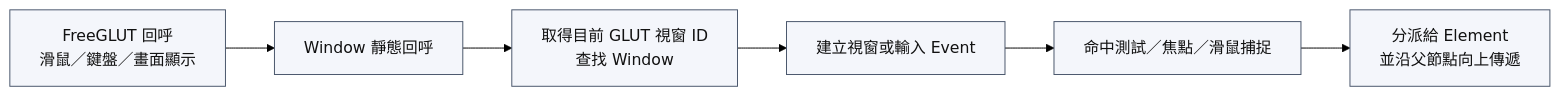
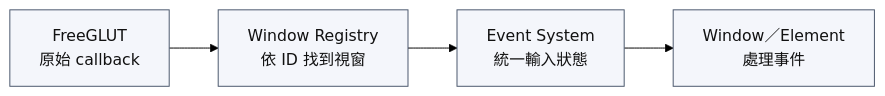
One commit to YuanOwO/CG-hw1-paint changed the diagram in docs/figures-src/ch03_callback-routing.mmd. Above: the diagram before and after it, drawn with Mermaid (forest theme). The commit also changed 42 other files, not shown here.

First line of the commit message:
docs: 重整報告內容並更新圖表資源

```diff
--- a/docs/figures-src/ch03_callback-routing.mmd
+++ b/docs/figures-src/ch03_callback-routing.mmd
@@ -1,12 +1,10 @@
 flowchart LR
-    callback[FreeGLUT 回呼<br/>滑鼠／鍵盤／畫面顯示]
-    static[Window 靜態回呼]
-    lookup[取得目前 GLUT 視窗 ID<br/>查找 Window]
-    event[建立視窗或輸入 Event]
-    routing[命中測試／焦點／滑鼠捕捉]
-    dispatch[分派給 Element<br/>並沿父節點向上傳遞]
+    glut[FreeGLUT<br/>原始 callback]
+    registry[Window Registry<br/>依 ID 找到視窗]
+    event[Event System<br/>統一輸入狀態]
+    target[Window／Element<br/>處理事件]
 
-    callback --> static --> lookup --> event --> routing --> dispatch
+    glut --> registry --> event --> target
 
     classDef step fill:#f4f6fb,stroke:#49566b,color:#111,stroke-width:1px;
-    class callback,static,lookup,event,routing,dispatch step;
+    class glut,registry,event,target step;
```
